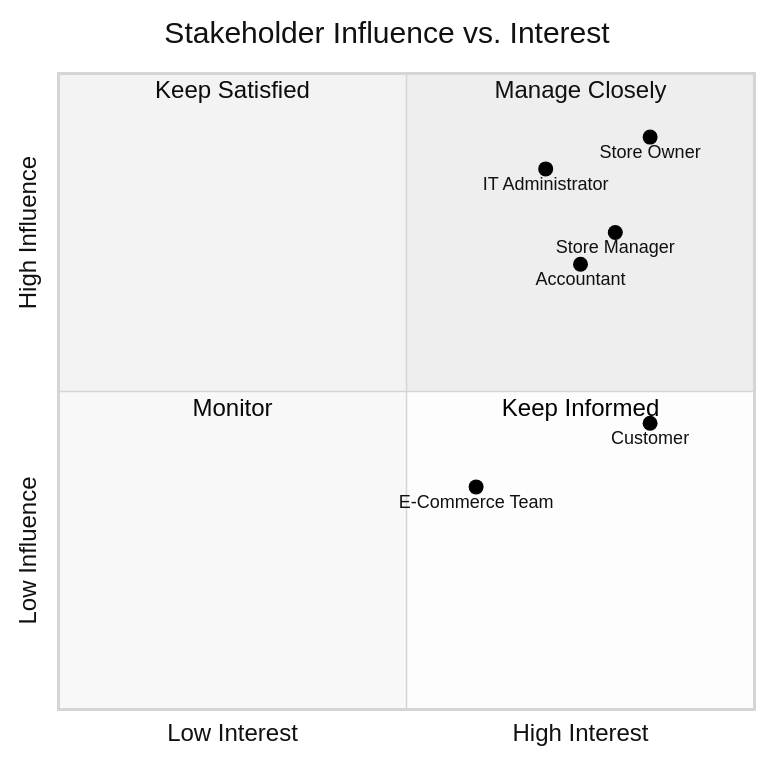
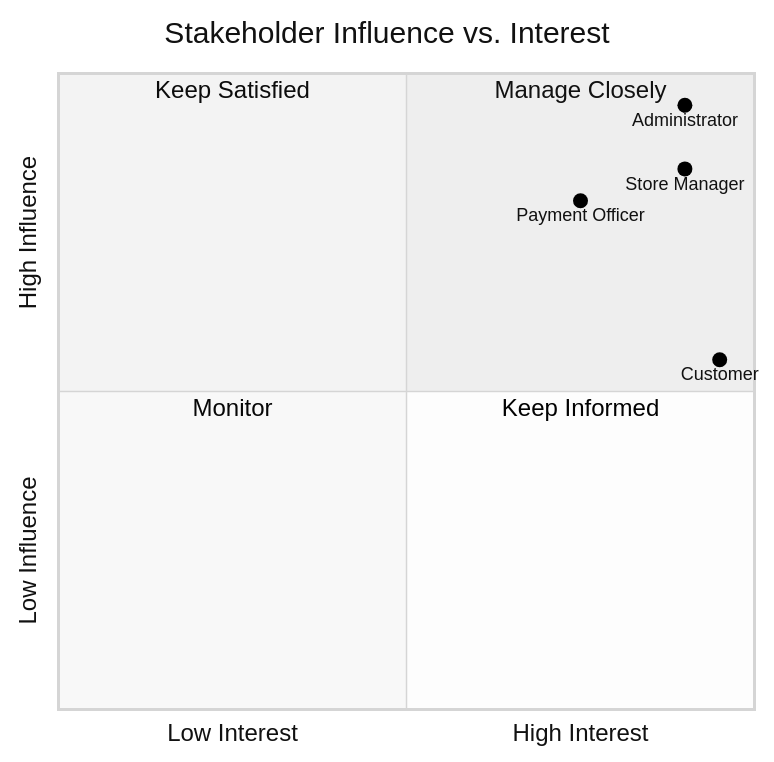
Before and after one commit to hananabedalkareemabololy/RuqiStore-Documentation-Meeating: the diagram in Documantation/02-stakeholder-analysis.md, drawn with Mermaid (neutral theme). The commit also changed other lines of this file, not shown here.

````diff
--- a/Documantation/02-stakeholder-analysis.md
+++ b/Documantation/02-stakeholder-analysis.md
@@ -20,19 +20,17 @@
 ```mermaid
 quadrantChart
     title Stakeholder Influence vs. Interest
 
     x-axis Low Interest --> High Interest
     y-axis Low Influence --> High Influence
 
     quadrant-1 Manage Closely
     quadrant-2 Keep Satisfied
     quadrant-3 Monitor
     quadrant-4 Keep Informed
 
-    "Store Owner": [0.85, 0.90]
-    "IT Administrator": [0.70, 0.85]
-    "Store Manager": [0.80, 0.75]
-    "Accountant": [0.75, 0.70]
-    "Customer": [0.85, 0.45]
-    "E-Commerce Team": [0.60, 0.35]
+    "Administrator": [0.90, 0.95]
+    "Store Manager": [0.90, 0.85]
+    "Payment Officer": [0.75, 0.80]
+    "Customer": [0.95, 0.55]
 ```
````
